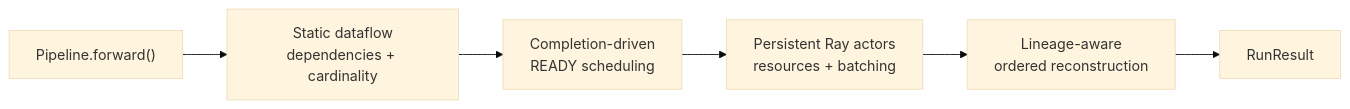
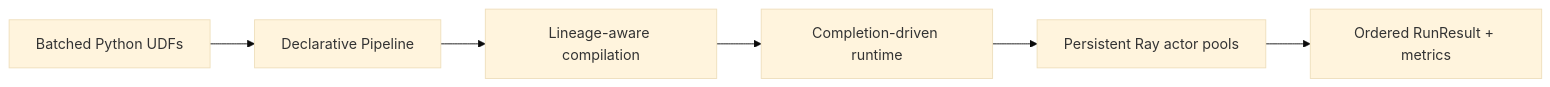
One commit to OpenDCAI/RayOrch changed the second of 4 diagrams in README.md. Above: the diagram before and after it, drawn with Mermaid (base theme). The commit also changed other lines of this file and 1 other file, not shown here.

````diff
--- a/README.md
+++ b/README.md
@@ -35,8 +98,8 @@
 ```mermaid
 flowchart LR
-    Pipeline["Pipeline.forward()"] --> Graph["Static dataflow<br/>dependencies + cardinality"]
-    Graph --> Ready["Completion-driven<br/>READY scheduling"]
-    Ready --> Actors["Persistent Ray actors<br/>resources + batching"]
-    Actors --> Lineage["Lineage-aware<br/>ordered reconstruction"]
-    Lineage --> Result["RunResult"]
+    UDF["Batched Python UDFs"] --> Pipeline["Declarative Pipeline"]
+    Pipeline --> Compile["Lineage-aware compilation"]
+    Compile --> Runtime["Completion-driven runtime"]
+    Runtime --> Actors["Persistent Ray actor pools"]
+    Actors --> Result["Ordered RunResult + metrics"]
 ```
````
